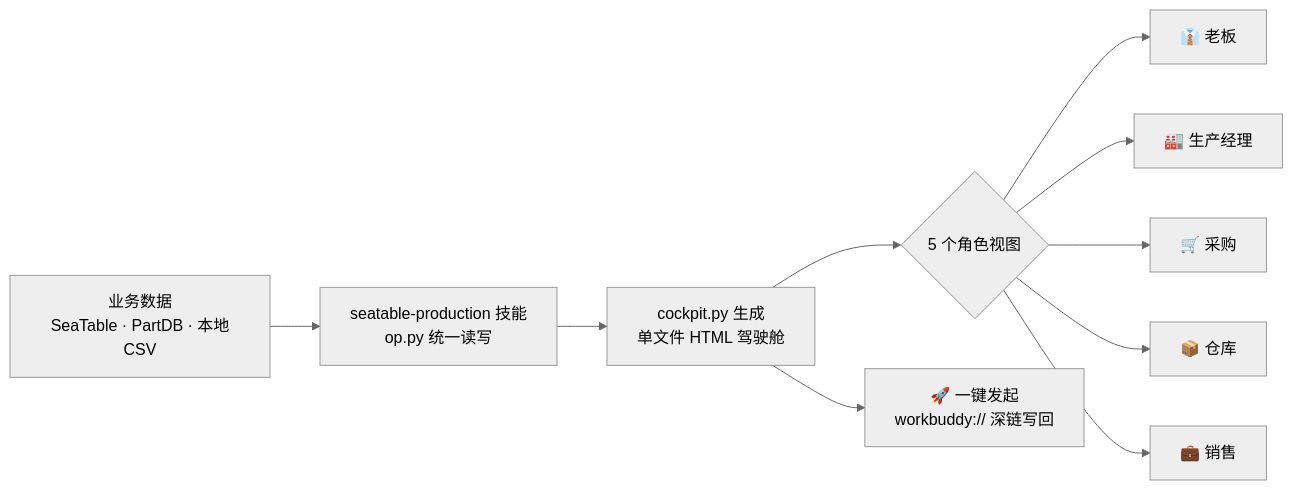
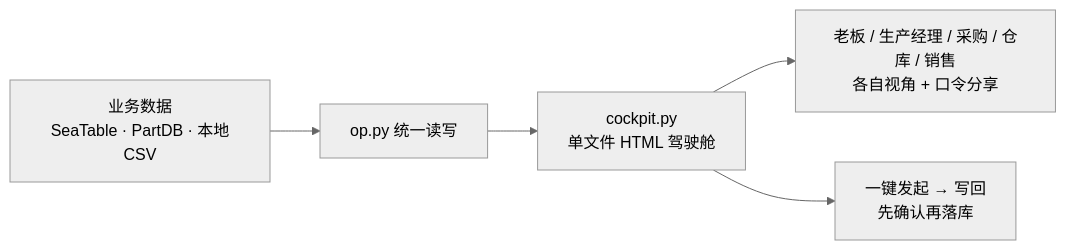
The diagram in README.md (Darling5/seatable-production), drawn with Mermaid (neutral theme) before and after one commit. The commit also changed other lines of this file and 5 other files, not shown here.

First line of the commit message:
docs(readme): 重构自述文件，379 行 → 164 行，开篇即用大白话+真实截图讲清楚是什么

````diff
--- a/README.md
+++ b/README.md
@@ -14,12 +76,7 @@
 ```mermaid
 flowchart LR
-    A[业务数据<br/>SeaTable · PartDB · 本地CSV] --> B[seatable-production 技能<br/>op.py 统一读写]
-    B --> C[cockpit.py 生成<br/>单文件 HTML 驾驶舱]
-    C --> D{5 个角色视图}
-    D --> E[👔 老板]
-    D --> F[🏭 生产经理]
-    D --> G[🛒 采购]
-    D --> H[📦 仓库]
-    D --> I[💼 销售]
-    C --> J[🚀 一键发起<br/>workbuddy:// 深链写回]
+    A[业务数据<br/>SeaTable · PartDB · 本地CSV] --> B[op.py 统一读写]
+    B --> C[cockpit.py<br/>单文件 HTML 驾驶舱]
+    C --> D[老板 / 生产经理 / 采购 / 仓库 / 销售<br/>各自视角 + 口令分享]
+    C --> E[一键发起 → 写回<br/>先确认再落库]
 ```
````
